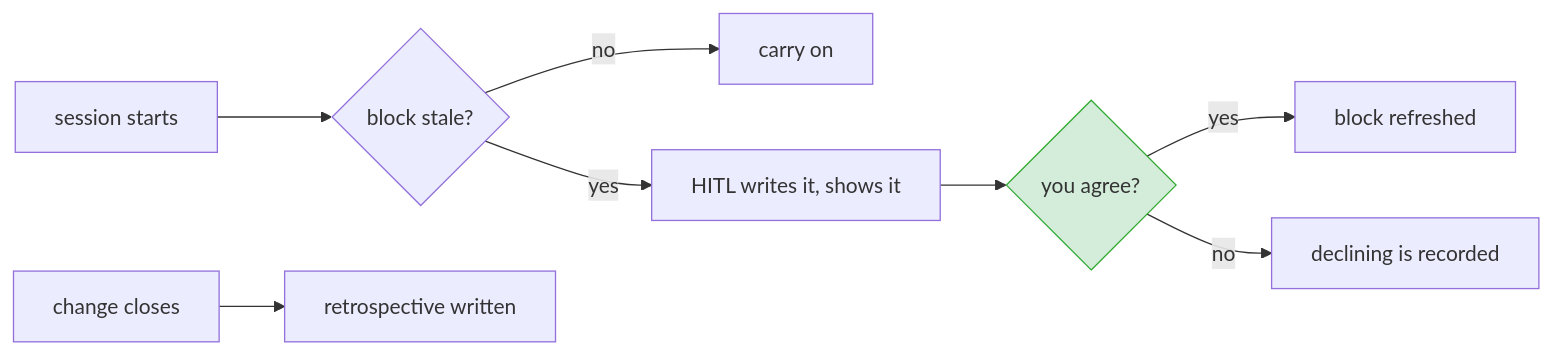
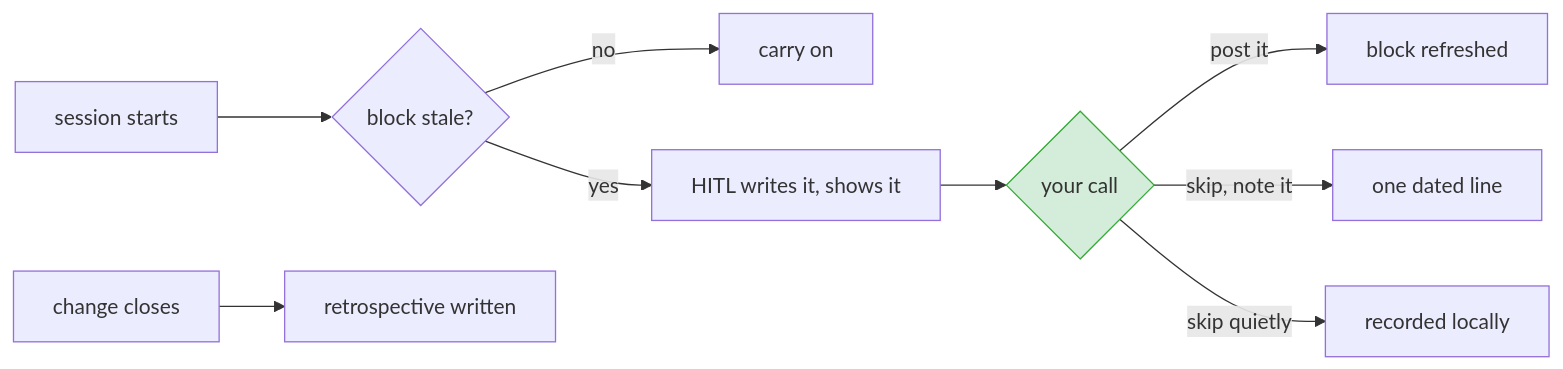
Before and after one commit to Prasad-Apparaju/hitl-dev-platform: the diagram in docs/design/progress-and-retro/01-design.md, drawn with Mermaid. The commit also changed other lines of this file and 1 other file, not shown here.

````diff
--- a/docs/design/progress-and-retro/01-design.md
+++ b/docs/design/progress-and-retro/01-design.md
@@ -13,12 +13,13 @@
 ```mermaid
 flowchart LR
   A["session starts"] --> B{"block stale?"}
   B -->|"no"| C["carry on"]
   B -->|"yes"| D["HITL writes it, shows it"]
-  D --> E{"you agree?"}
-  E -->|"yes"| F["block refreshed"]
-  E -->|"no"| G["declining is recorded"]
-  H["change closes"] --> I["retrospective written"]
+  D --> E{"your call"}
+  E -->|"post it"| F["block refreshed"]
+  E -->|"skip, note it"| G["one dated line"]
+  E -->|"skip quietly"| H["recorded locally"]
+  I["change closes"] --> J["retrospective written"]
   classDef human fill:#d4edda,stroke:#3a3
   class E human
 ```
````
